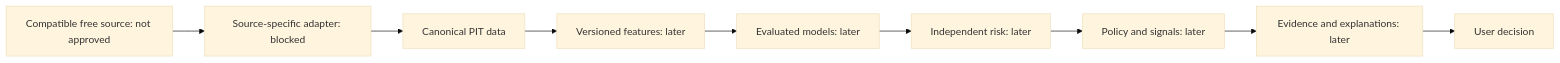
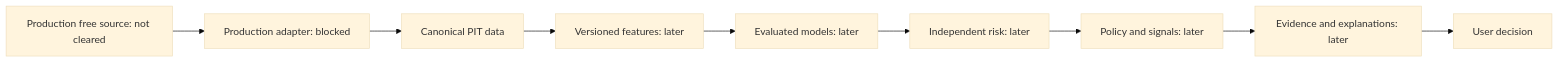
The diagram in docs/architecture/system-boundaries.md (Bhavi123-hacker/AlphaLens), drawn with Mermaid (base theme) before and after one commit. The commit also changed other lines of this file and 27 other files, not shown here.

````diff
--- a/docs/architecture/system-boundaries.md
+++ b/docs/architecture/system-boundaries.md
@@ -6,11 +6,11 @@
 ```mermaid
 flowchart LR
-    P[Compatible free source: not approved] --> A[Source-specific adapter: blocked]
+    P[Production free source: not cleared] --> A[Production adapter: blocked]
     A --> D[Canonical PIT data]
     D --> F[Versioned features: later]
     F --> M[Evaluated models: later]
     M --> R[Independent risk: later]
     R --> Q[Policy and signals: later]
     Q --> E[Evidence and explanations: later]
     E --> U[User decision]
 ```
````
